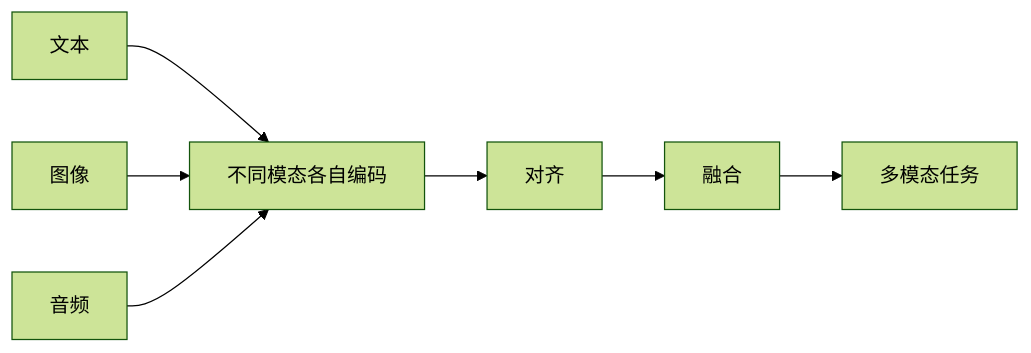
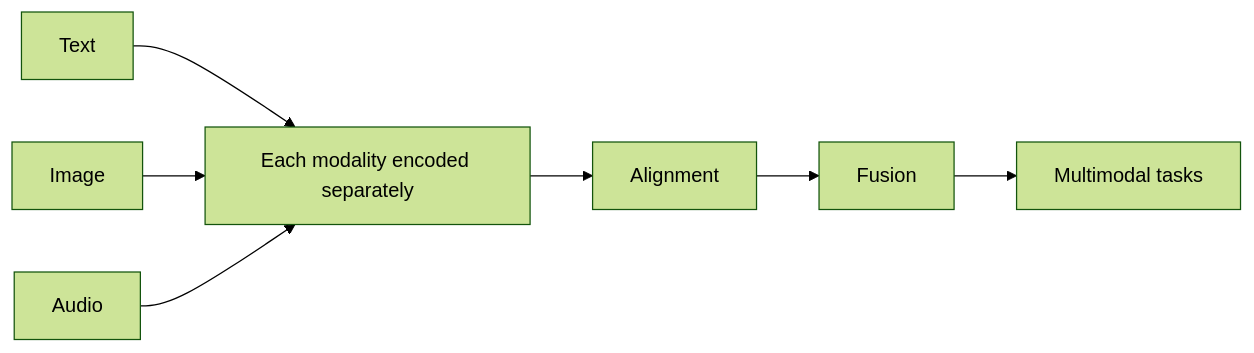
Before and after one commit to oudbiao/AI-fullstack-course: the diagram in docs/ch12-multimodal/ch01-multimodal/01-multimodal-basics.md, drawn with Mermaid (forest theme). The commit also changed other lines of this file and 1406 other files, not shown here.

````diff
--- a/docs/ch12-multimodal/ch01-multimodal/01-multimodal-basics.md
+++ b/docs/ch12-multimodal/ch01-multimodal/01-multimodal-basics.md
@@ -92,9 +91,9 @@
 ```mermaid
 flowchart LR
-    A["文本"] --> B["不同模态各自编码"]
-    C["图像"] --> B
-    D["音频"] --> B
-    B --> E["对齐"]
-    E --> F["融合"]
-    F --> G["多模态任务"]
+    A["Text"] --> B["Each modality encoded separately"]
+    C["Image"] --> B
+    D["Audio"] --> B
+    B --> E["Alignment"]
+    E --> F["Fusion"]
+    F --> G["Multimodal tasks"]
 ```
````
